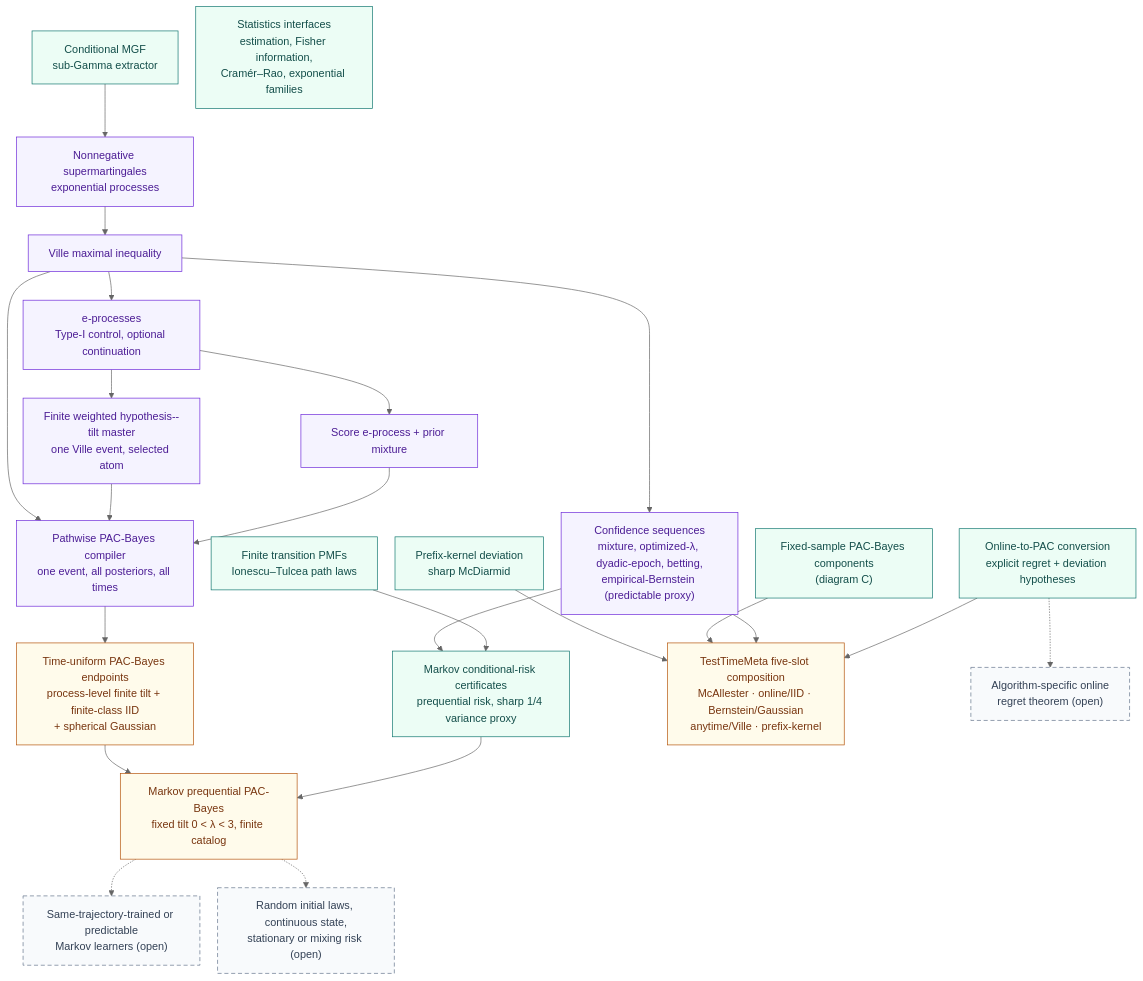
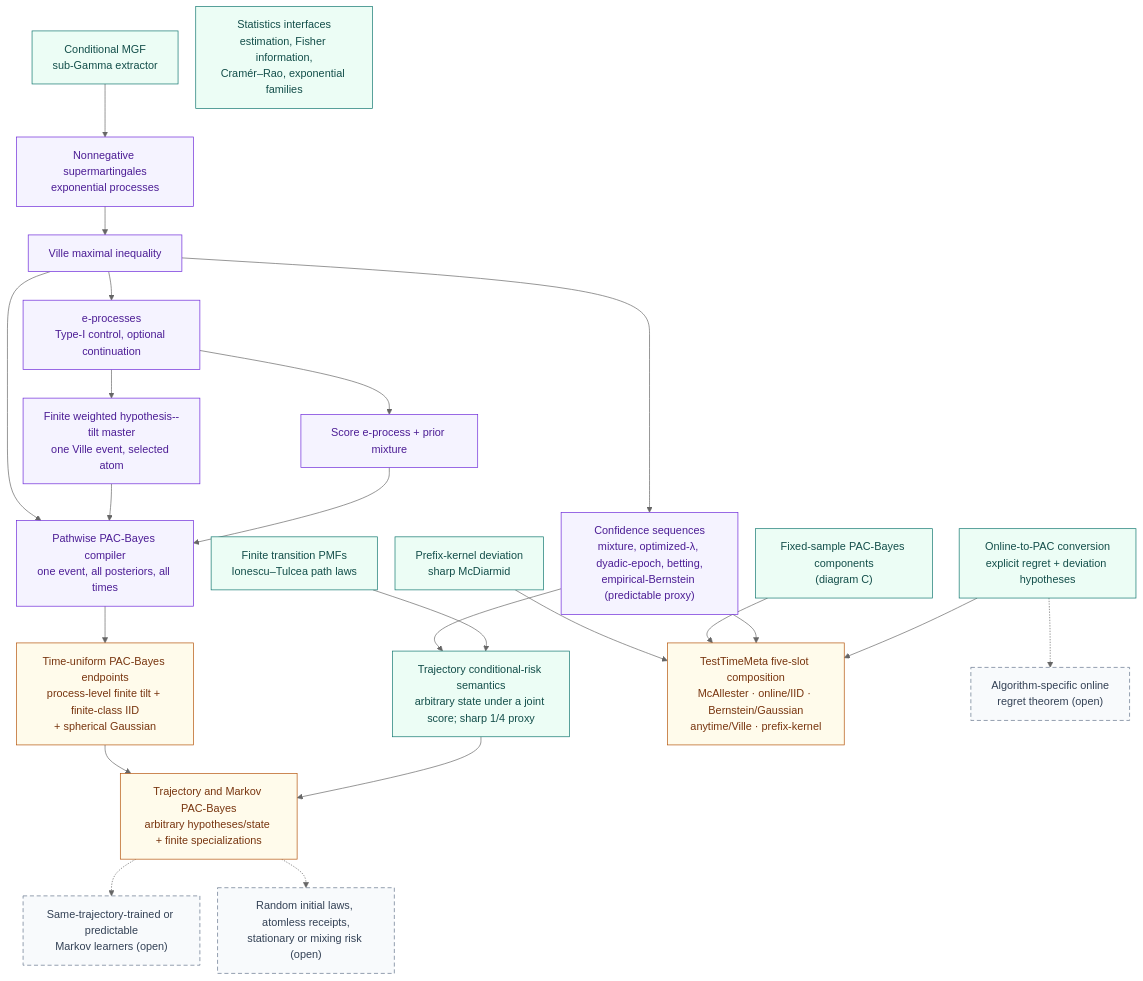
The fourth of 4 diagrams in docs/diagrams.md (Robby955/FormalSLT), drawn with Mermaid before and after one commit. The commit also changed other lines of this file and 15 other files, not shown here.

````diff
--- a/docs/diagrams.md
+++ b/docs/diagrams.md
@@ -214,55 +214,55 @@
 ```mermaid
 %%{init: {'theme': 'neutral', 'flowchart': {'rankSpacing': 42, 'nodeSpacing': 26}}}%%
 flowchart TD
     condmgf["Conditional MGF<br/>sub-Gamma extractor"]
     supermart["Nonnegative supermartingales<br/>exponential processes"]
     ville["Ville maximal inequality"]
     eproc["e-processes<br/>Type-I control, optional continuation"]
     cs["Confidence sequences<br/>mixture, optimized-λ, dyadic-epoch, betting,<br/>empirical-Bernstein (predictable proxy)"]
     score["Score e-process + prior mixture"]
     tiltmix["Finite weighted hypothesis--tilt master<br/>one Ville event, selected atom"]
     pathwise["Pathwise PAC-Bayes compiler<br/>one event, all posteriors, all times"]
     tu["Time-uniform PAC-Bayes endpoints<br/>process-level finite tilt + finite-class IID<br/>+ spherical Gaussian"]
     pathlaw["Finite transition PMFs<br/>Ionescu–Tulcea path laws"]
-    markovrisk["Markov conditional-risk certificates<br/>prequential risk, sharp 1/4 variance proxy"]
-    markovpb["Markov prequential PAC-Bayes<br/>fixed tilt 0 &lt; λ &lt; 3, finite catalog"]
+    markovrisk["Trajectory conditional-risk semantics<br/>arbitrary state under a joint score; sharp 1/4 proxy"]
+    markovpb["Trajectory and Markov PAC-Bayes<br/>arbitrary hypotheses/state + finite specializations"]
     otp["Online-to-PAC conversion<br/>explicit regret + deviation hypotheses"]
     stats["Statistics interfaces<br/>estimation, Fisher information,<br/>Cramér–Rao, exponential families"]
     pbc["Fixed-sample PAC-Bayes components<br/>(diagram C)"]
     prefix["Prefix-kernel deviation<br/>sharp McDiarmid"]
     ttm["TestTimeMeta five-slot composition<br/>McAllester · online/IID · Bernstein/Gaussian<br/>anytime/Ville · prefix-kernel"]
     markovopen1["Same-trajectory-trained or predictable<br/>Markov learners (open)"]
-    markovopen2["Random initial laws, continuous state,<br/>stationary or mixing risk (open)"]
+    markovopen2["Random initial laws, atomless receipts,<br/>stationary or mixing risk (open)"]
     otpopen["Algorithm-specific online<br/>regret theorem (open)"]
 
     condmgf --> supermart
     supermart --> ville
     ville --> eproc
     ville --> cs
     eproc --> score
     eproc --> tiltmix
     score --> pathwise
     tiltmix --> pathwise
     ville --> pathwise
     pathwise --> tu
     pathlaw --> markovrisk
     cs --> markovrisk
     markovrisk --> markovpb
     tu --> markovpb
     otp --> ttm
     cs --> ttm
     pbc --> ttm
     prefix --> ttm
     markovpb -.-> markovopen1
     markovpb -.-> markovopen2
     otp -.-> otpopen
 
     classDef checked fill:#ecfdf5,stroke:#0f766e,color:#134e4a;
     classDef sequential fill:#f5f3ff,stroke:#6d28d9,color:#4c1d95;
     classDef endpointNode fill:#fffbeb,stroke:#b45309,color:#78350f;
     classDef open fill:#f8fafc,stroke:#64748b,color:#334155,stroke-dasharray:6 4;
     class condmgf,pathlaw,markovrisk,otp,stats,pbc,prefix checked;
     class supermart,ville,eproc,cs,score,tiltmix,pathwise sequential;
     class tu,markovpb,ttm endpointNode;
     class markovopen1,markovopen2,otpopen open;
 ```
````
